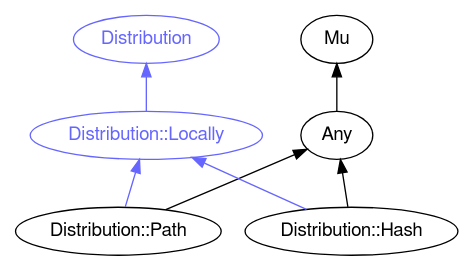
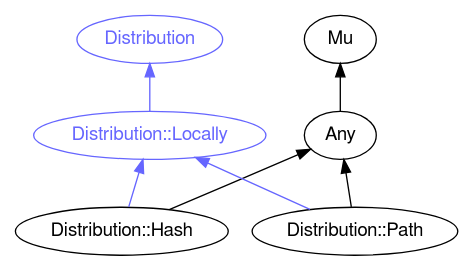
One commit to uzluisf/rakudoc changed the diagram in images/type-graph-Distribution.svg.dot. Above: the diagram before and after it, drawn with Graphviz. The commit also changed other lines of this file and 1890 other files, not shown here.

```diff
--- a/images/type-graph-Distribution.svg.dot
+++ b/images/type-graph-Distribution.svg.dot
@@ -1,22 +1,22 @@
 digraph "perl6-type-graph" {
     rankdir=BT;
     splines=polyline;
     overlap=false; 
     // Types
     "Distribution" [color="#6666FF", fontcolor="#6666FF", href="/type/Distribution", fontname="FreeSans"];
     "Distribution::Locally" [color="#6666FF", fontcolor="#6666FF", href="/type/Distribution::Locally", fontname="FreeSans"];
     "Mu" [color="#000000", fontcolor="#000000", href="/type/Mu", fontname="FreeSans"];
     "Any" [color="#000000", fontcolor="#000000", href="/type/Any", fontname="FreeSans"];
+    "Distribution::Hash" [color="#000000", fontcolor="#000000", href="/type/Distribution::Hash", fontname="FreeSans"];
     "Distribution::Path" [color="#000000", fontcolor="#000000", href="/type/Distribution::Path", fontname="FreeSans"];
-    "Distribution::Hash" [color="#000000", fontcolor="#000000", href="/type/Distribution::Hash", fontname="FreeSans"];
 
     // Superclasses
     "Any" -> "Mu" [color="#000000"];
+    "Distribution::Hash" -> "Any" [color="#000000"];
     "Distribution::Path" -> "Any" [color="#000000"];
-    "Distribution::Hash" -> "Any" [color="#000000"];
 
     // Roles
     "Distribution::Locally" -> "Distribution" [color="#6666FF"];
+    "Distribution::Hash" -> "Distribution::Locally" [color="#6666FF"];
     "Distribution::Path" -> "Distribution::Locally" [color="#6666FF"];
-    "Distribution::Hash" -> "Distribution::Locally" [color="#6666FF"];
 }
```
